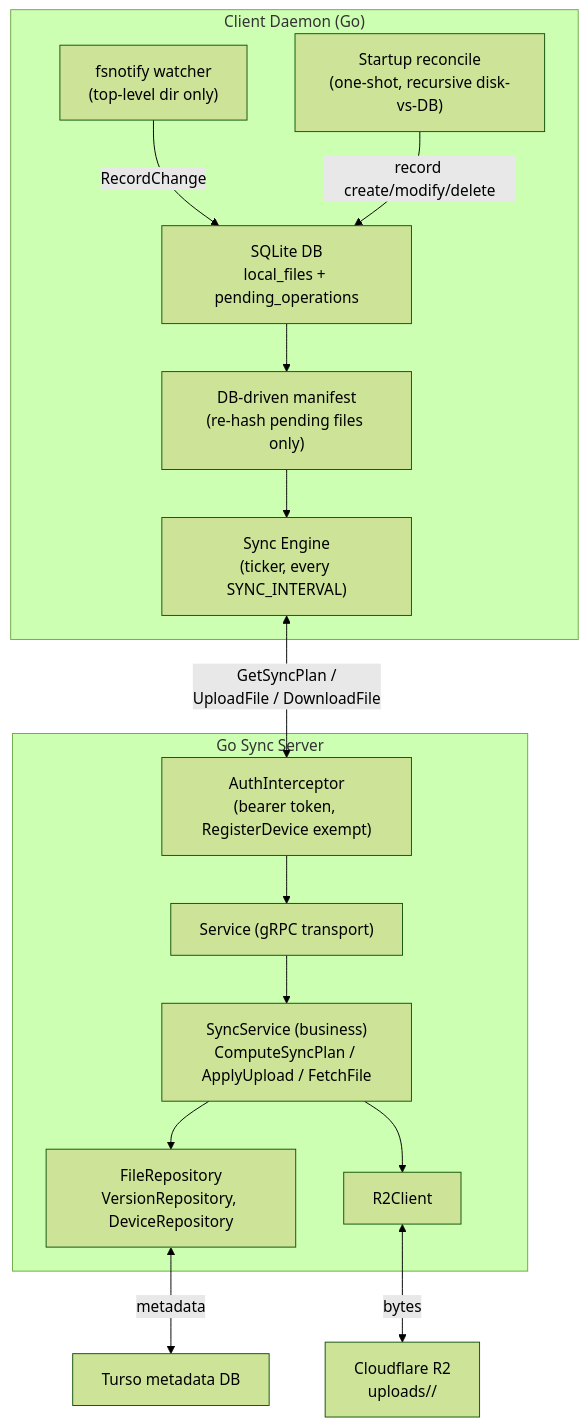
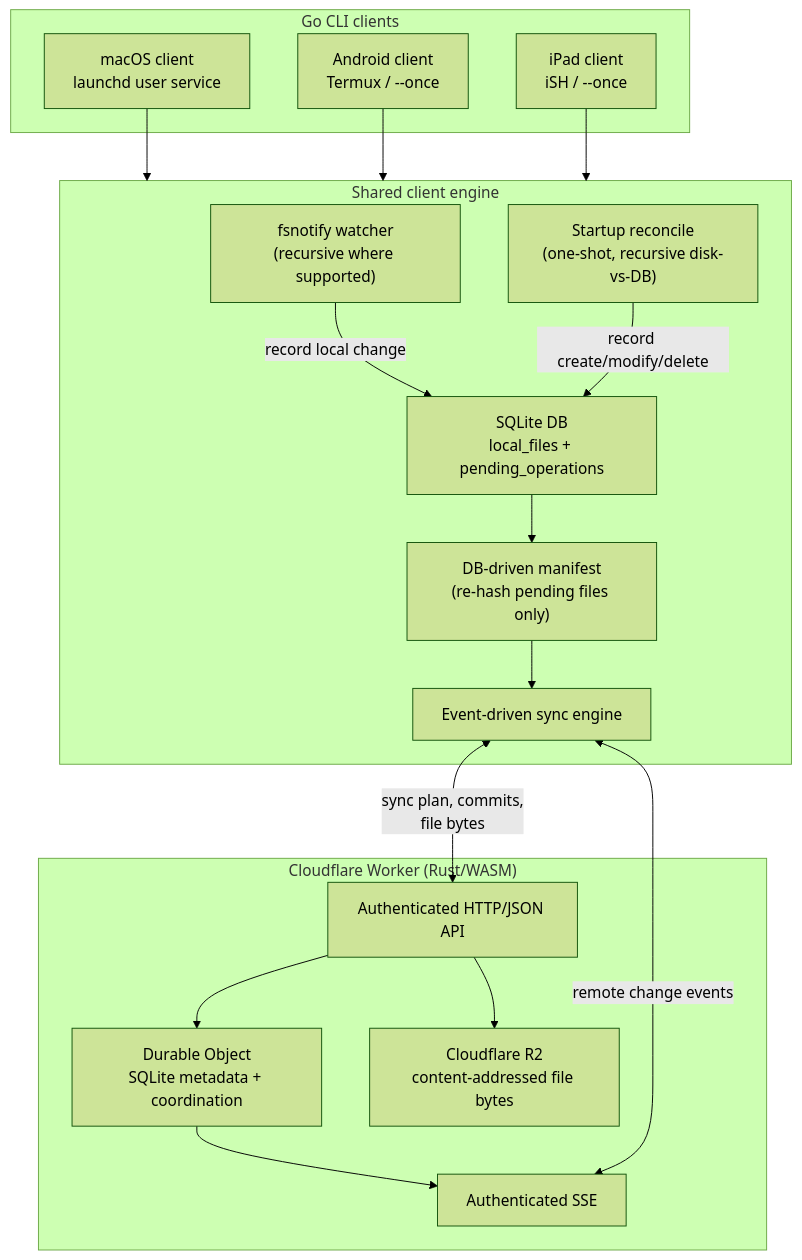
Before and after one commit to ShivangNagta/data_sync: the diagram in docs/architecture/overview.mmd, drawn with Mermaid (forest theme). The commit also changed 7 other files, not shown here.

Commit message:
DOCS: Update current architecture

```diff
--- a/docs/architecture/overview.mmd
+++ b/docs/architecture/overview.mmd
@@ -1,33 +1,37 @@
 flowchart TB
-    subgraph Client["Client Daemon (Go)"]
-        Watcher["fsnotify watcher<br/>(top-level dir only)"]
+    subgraph Clients["Go CLI clients"]
+        Mac["macOS client<br/>launchd user service"]
+        Android["Android client<br/>Termux / --once"]
+        IPad["iPad client<br/>iSH / --once"]
+    end
+
+    subgraph Client["Shared client engine"]
+        Watcher["fsnotify watcher<br/>(recursive where supported)"]
         Reconcile["Startup reconcile<br/>(one-shot, recursive disk-vs-DB)"]
         LocalDB["SQLite DB<br/>local_files + pending_operations"]
         Manifest["DB-driven manifest<br/>(re-hash pending files only)"]
-        SyncEngine["Sync Engine<br/>(ticker, every SYNC_INTERVAL)"]
+        SyncEngine["Event-driven sync engine"]
 
-        Watcher -->|"RecordChange"| LocalDB
+        Watcher -->|"record local change"| LocalDB
         Reconcile -->|"record create/modify/delete"| LocalDB
         LocalDB --> Manifest
         Manifest --> SyncEngine
     end
 
-    subgraph Server["Go Sync Server"]
-        Auth["AuthInterceptor<br/>(bearer token, RegisterDevice exempt)"]
-        Transport["Service (gRPC transport)"]
-        App["SyncService (business)<br/>ComputeSyncPlan / ApplyUpload / FetchFile"]
-        Repos["FileRepository<br/>VersionRepository, DeviceRepository"]
-        R2Client["R2Client"]
+    subgraph Worker["Cloudflare Worker (Rust/WASM)"]
+        API["Authenticated HTTP/JSON API"]
+        DurableObject["Durable Object<br/>SQLite metadata + coordination"]
+        R2["Cloudflare R2<br/>content-addressed file bytes"]
+        Events["Authenticated SSE"]
 
-        Auth --> Transport
-        Transport --> App
-        App --> Repos
-        App --> R2Client
+        API --> DurableObject
+        API --> R2
+        DurableObject --> Events
     end
 
-    Turso["Turso metadata DB"]
-    R2["Cloudflare R2<br/>uploads/<file_id>/<version_id>"]
+    Mac --> Client
+    Android --> Client
+    IPad --> Client
 
-    SyncEngine <-->|"GetSyncPlan /<br/>UploadFile / DownloadFile"| Auth
-    Repos <-->|"metadata"| Turso
-    R2Client <-->|"bytes"| R2
+    SyncEngine <-->|"sync plan, commits,<br/>file bytes"| API
+    SyncEngine <-->|"remote change events"| Events
```
